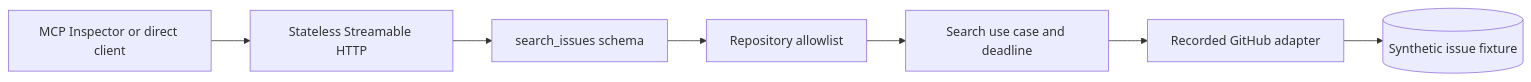
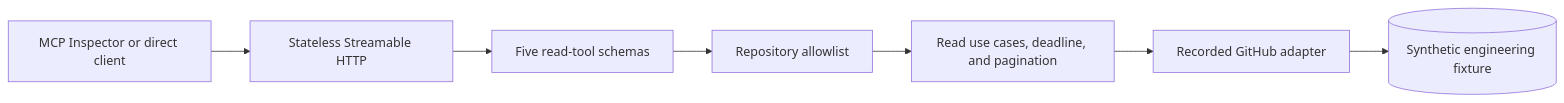
The diagram in solutions/engineering-operations-mcp/README.md (pablodcruz/enterprise-ai-integration), drawn with Mermaid before and after one commit. The commit also changed other lines of this file and 24 other files, not shown here.

````diff
--- a/solutions/engineering-operations-mcp/README.md
+++ b/solutions/engineering-operations-mcp/README.md
@@ -41,9 +42,9 @@
 ```mermaid
 flowchart LR
     Client["MCP Inspector or direct client"] --> HTTP["Stateless Streamable HTTP"]
-    HTTP --> Tool["search_issues schema"]
+    HTTP --> Tool["Five read-tool schemas"]
     Tool --> Policy["Repository allowlist"]
-    Policy --> UseCase["Search use case and deadline"]
+    Policy --> UseCase["Read use cases, deadline, and pagination"]
     UseCase --> Adapter["Recorded GitHub adapter"]
-    Adapter --> Fixture[("Synthetic issue fixture")]
+    Adapter --> Fixture[("Synthetic engineering fixture")]
 ```
````
